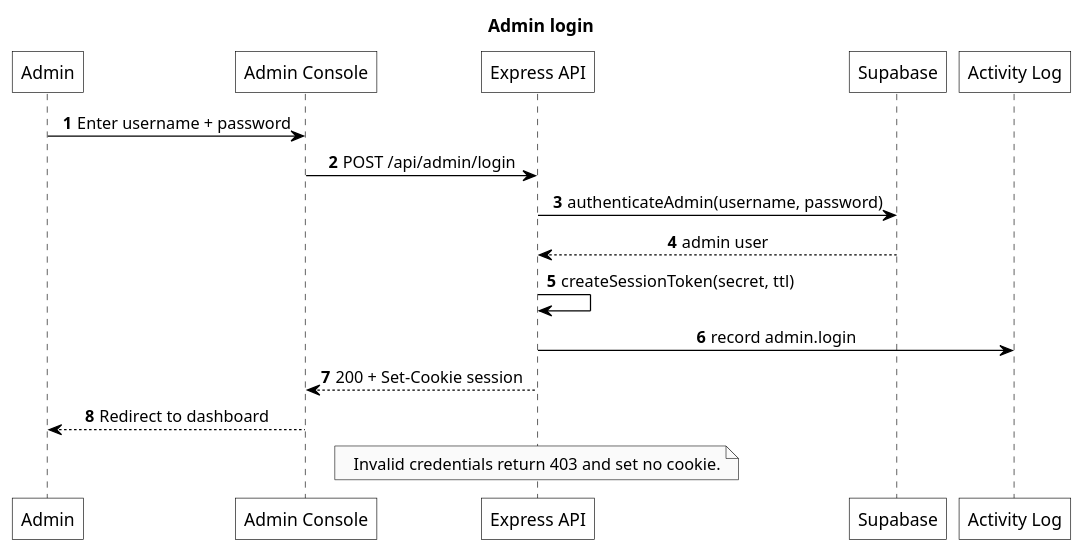
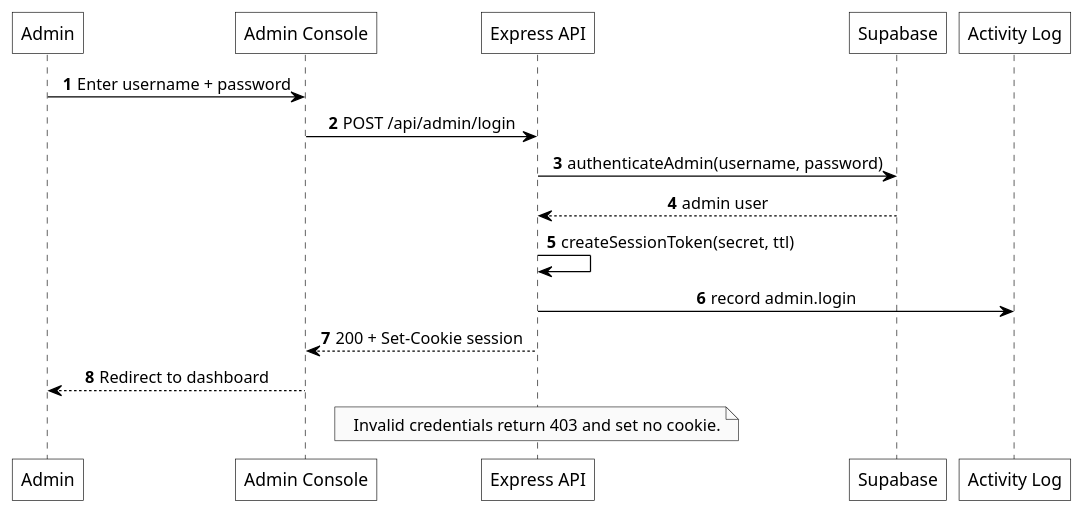
One commit to Litho-MD/uet-fyp-docs changed the diagram in diagrams/puml/sequence/06-admin-login.puml. Above: the diagram before and after it, drawn with PlantUML. The commit also changed 109 other files, not shown here.

First line of the commit message:
Add TikZ support for UML diagrams and refine document structure

```diff
--- a/diagrams/puml/sequence/06-admin-login.puml
+++ b/diagrams/puml/sequence/06-admin-login.puml
@@ -1,34 +1,33 @@
 @startuml
-title Admin login
 autonumber
 skinparam monochrome true
 skinparam backgroundColor white
 skinparam shadowing false
 skinparam defaultTextAlignment center
 skinparam roundCorner 0
 skinparam ArrowColor black
 skinparam defaultFontColor black
 skinparam sequence {
     ArrowColor black
     LifeLineBorderColor black
     ParticipantBorderColor black
     ParticipantBackgroundColor white
     ParticipantFontColor black
 }
 
 participant "Admin" as U
 participant "Admin Console" as C
 participant "Express API" as A
 participant "Supabase" as S
 participant "Activity Log" as L
 
 U -> C: Enter username + password
 C -> A: POST /api/admin/login
 A -> S: authenticateAdmin(username, password)
 S --> A: admin user
 A -> A: createSessionToken(secret, ttl)
 A -> L: record admin.login
 A --> C: 200 + Set-Cookie session
 C --> U: Redirect to dashboard
 note over A: Invalid credentials return 403 and set no cookie.
 @enduml
```
